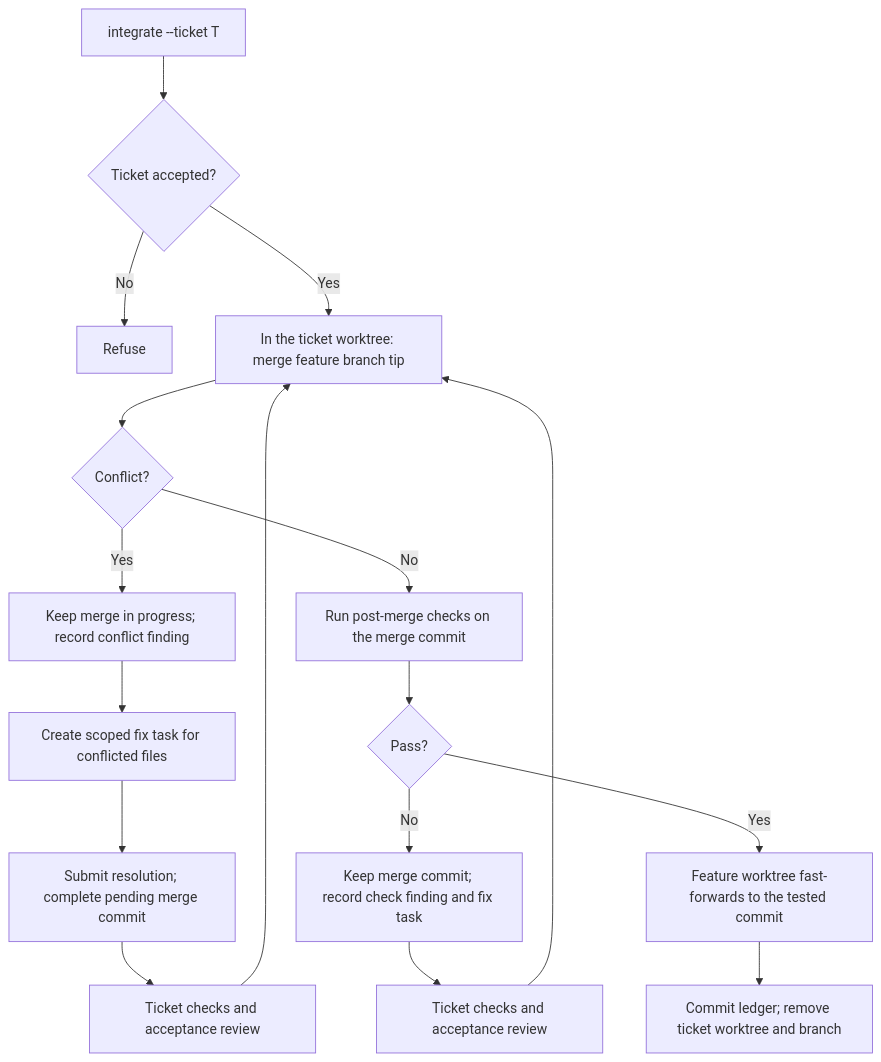
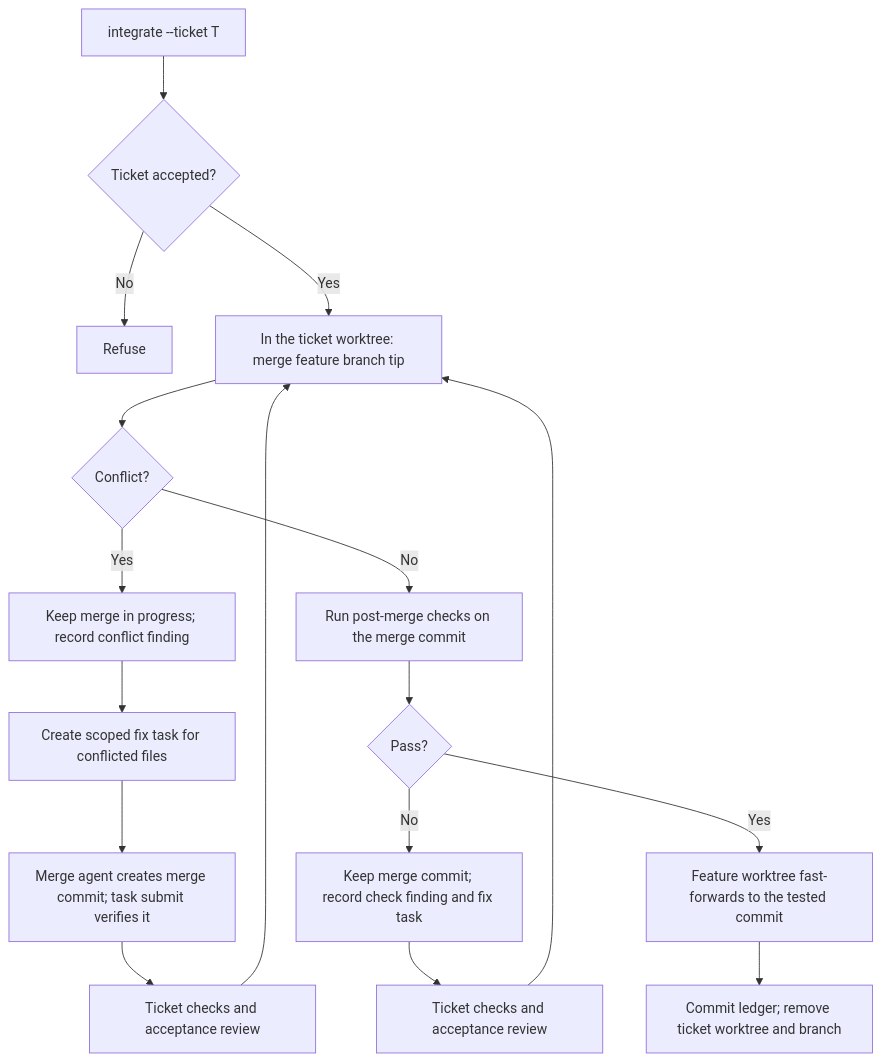
Before and after one commit to UseTheFork/spindle: the sixth of 7 diagrams in SDD-WORKFLOWS.md, drawn with Mermaid. The commit also changed other lines of this file, not shown here.

Commit message:
feat: clarify ticket commit process and task submission commands

````diff
--- a/SDD-WORKFLOWS.md
+++ b/SDD-WORKFLOWS.md
@@ -376,19 +386,19 @@
 ```mermaid
 flowchart TD
     A["integrate --ticket T"] --> B{"Ticket accepted?"}
     B -->|"No"| Z["Refuse"]
     B -->|"Yes"| C["In the ticket worktree: merge feature branch tip"]
     C --> D{"Conflict?"}
     D -->|"Yes"| E["Keep merge in progress; record conflict finding"]
     E --> F["Create scoped fix task for conflicted files"]
-    F --> G["Submit resolution; complete pending merge commit"]
+    F --> G["Merge agent creates merge commit; task submit verifies it"]
     G --> H["Ticket checks and acceptance review"]
     H --> C
     D -->|"No"| I["Run post-merge checks on the merge commit"]
     I --> J{"Pass?"}
     J -->|"No"| K["Keep merge commit; record check finding and fix task"]
     K --> L["Ticket checks and acceptance review"]
     L --> C
     J -->|"Yes"| M["Feature worktree fast-forwards to the tested commit"]
     M --> N["Commit ledger; remove ticket worktree and branch"]
 ```
````
